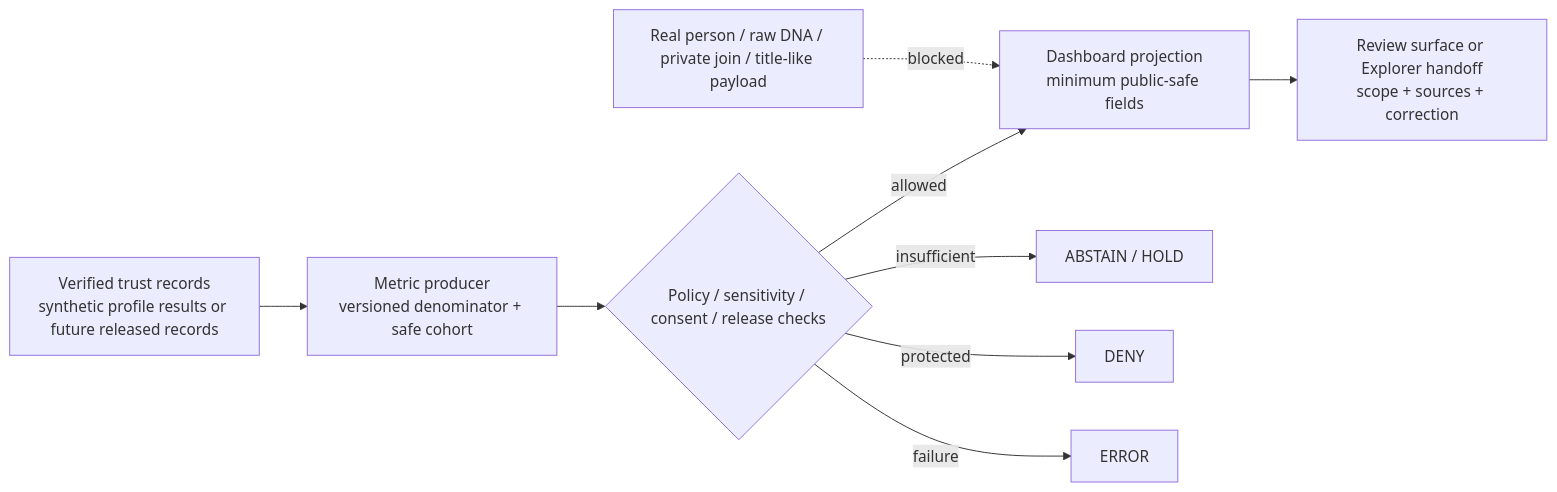
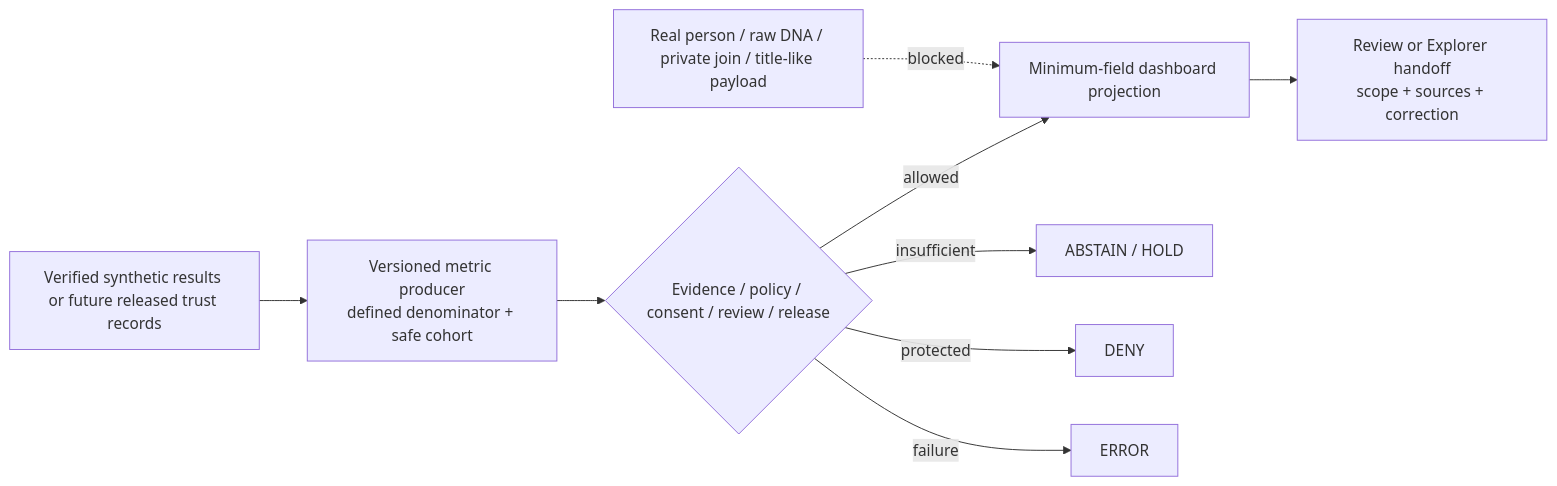
The diagram in docs/dashboards/domain/people-dna-land.md (bartytime4life/Kansas-Frontier-Matrix), drawn with Mermaid before and after one commit. The commit also changed other lines of this file, not shown here.

Commit message:
fix(docs): satisfy dashboard meta-block contract

````diff
--- a/docs/dashboards/domain/people-dna-land.md
+++ b/docs/dashboards/domain/people-dna-land.md
@@ -446,11 +287,11 @@
 ```mermaid
 flowchart LR
-  A["Verified trust records<br/>synthetic profile results or future released records"] --> B["Metric producer<br/>versioned denominator + safe cohort"]
-  B --> C{"Policy / sensitivity / consent / release checks"}
-  C -->|allowed| D["Dashboard projection<br/>minimum public-safe fields"]
+  A["Verified synthetic results or future released trust records"] --> B["Versioned metric producer<br/>defined denominator + safe cohort"]
+  B --> C{"Evidence / policy / consent / review / release"}
+  C -->|allowed| D["Minimum-field dashboard projection"]
   C -->|insufficient| E["ABSTAIN / HOLD"]
   C -->|protected| F["DENY"]
   C -->|failure| G["ERROR"]
-  D --> H["Review surface or Explorer handoff<br/>scope + sources + correction"]
+  D --> H["Review or Explorer handoff<br/>scope + sources + correction"]
   X["Real person / raw DNA / private join / title-like payload"] -. blocked .-> D
 ```
````
